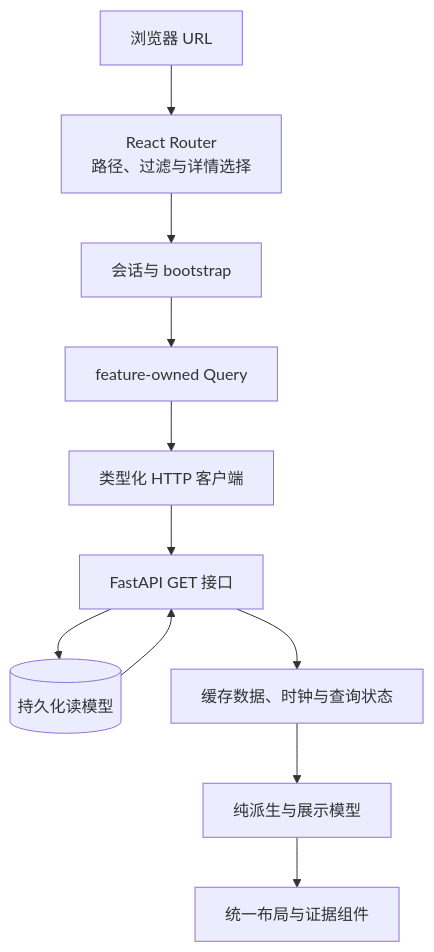
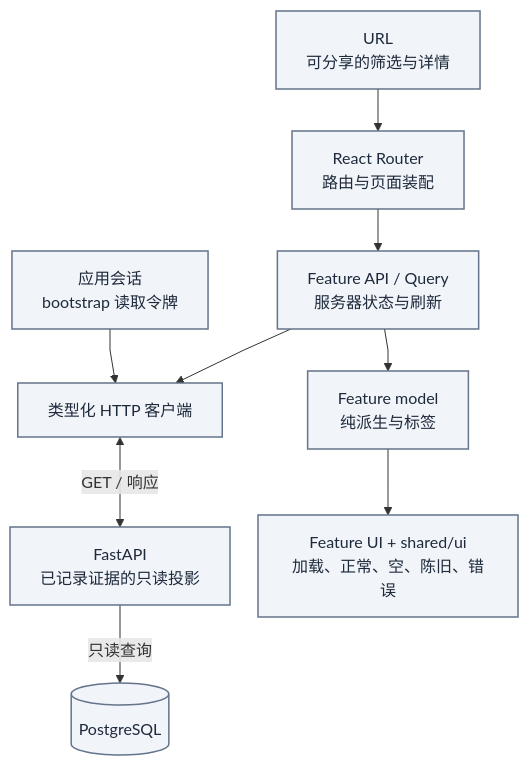
One commit to AnalyThothAI/tracefold changed the diagram in docs/FRONTEND.md. Above: the diagram before and after it, drawn with Mermaid. The commit also changed other lines of this file and 19 other files, not shown here.

Commit message:
docs: unify Chinese handbook design and architecture diagrams

````diff
--- a/docs/FRONTEND.md
+++ b/docs/FRONTEND.md
@@ -28,13 +36,28 @@
 ```mermaid
-flowchart TD
-    Browser["浏览器 URL"] --> Router["React Router<br/>路径、过滤与详情选择"]
-    Router --> Session["会话与 bootstrap"]
-    Session --> Query["feature-owned Query"]
-    Query --> Client["类型化 HTTP 客户端"]
-    Client --> API["FastAPI GET 接口"]
-    API --> DB[("持久化读模型")]
-    DB --> API
-    API --> Cache["缓存数据、时钟与查询状态"]
-    Cache --> Model["纯派生与展示模型"]
-    Model --> UI["统一布局与证据组件"]
+---
+config:
+  fontFamily: "system-ui, Noto Sans CJK SC, Microsoft YaHei, WenQuanYi Zen Hei, sans-serif"
+  flowchart:
+    curve: linear
+    nodeSpacing: 28
+    rankSpacing: 42
+---
+flowchart TB
+    accTitle: 只读工作台的数据与状态
+    accDescr: URL 由路由管理，服务器状态由 Query 管理，应用会话提供读取令牌，纯派生结果交给展示组件。FastAPI 查询持久记录。
+    URL["URL<br/>可分享的筛选与详情"] --> Route["React Router<br/>路由与页面装配"]
+    Session["应用会话<br/>bootstrap 读取令牌"] --> Client["类型化 HTTP 客户端"]
+    Route --> Query["Feature API / Query<br/>服务器状态与刷新"]
+    Query --> Client
+    Client <-->|GET / 响应| API["FastAPI<br/>已记录证据的只读投影"]
+    API -->|只读查询| DB[("PostgreSQL")]
+    Query --> Model["Feature model<br/>纯派生与标签"]
+    Model --> View["Feature UI + shared/ui<br/>加载、正常、空、陈旧、错误"]
+
+    classDef news fill:#ecfdf5,stroke:#0f766e,color:#134e4a,stroke-width:1.5px
+    classDef research fill:#eef2ff,stroke:#6366f1,color:#312e81,stroke-width:1.5px
+    classDef execution fill:#fff7ed,stroke:#c2410c,color:#7c2d12,stroke-width:1.5px
+    classDef store fill:#f1f5f9,stroke:#64748b,color:#1e293b,stroke-width:1.5px
+    classDef external fill:#f8fafc,stroke:#94a3b8,color:#334155,stroke-dasharray:4 3
+class URL,Route,Session,Client,Query,API,DB,Model,View store;
 ```
````
